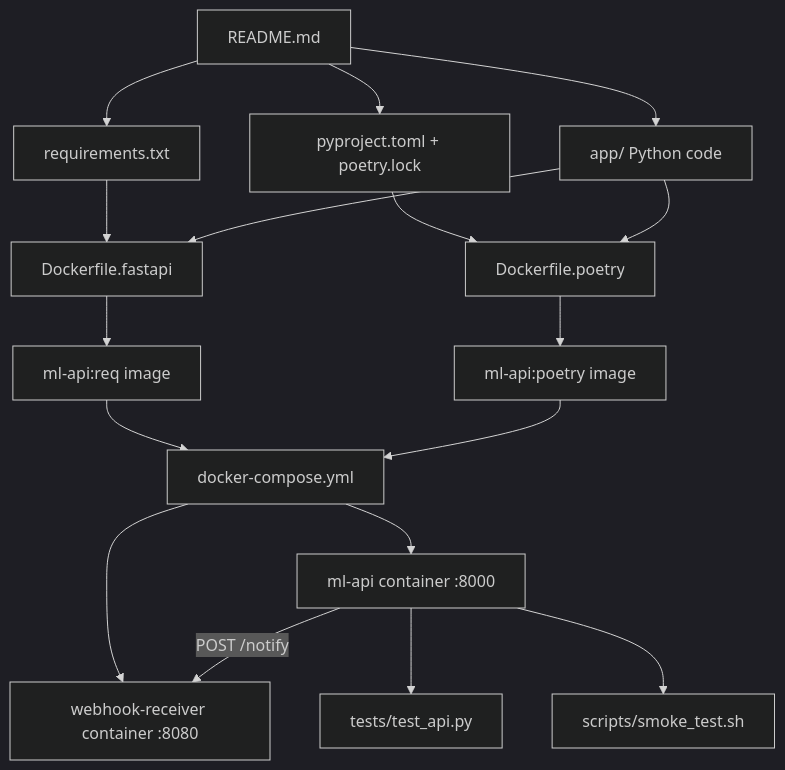
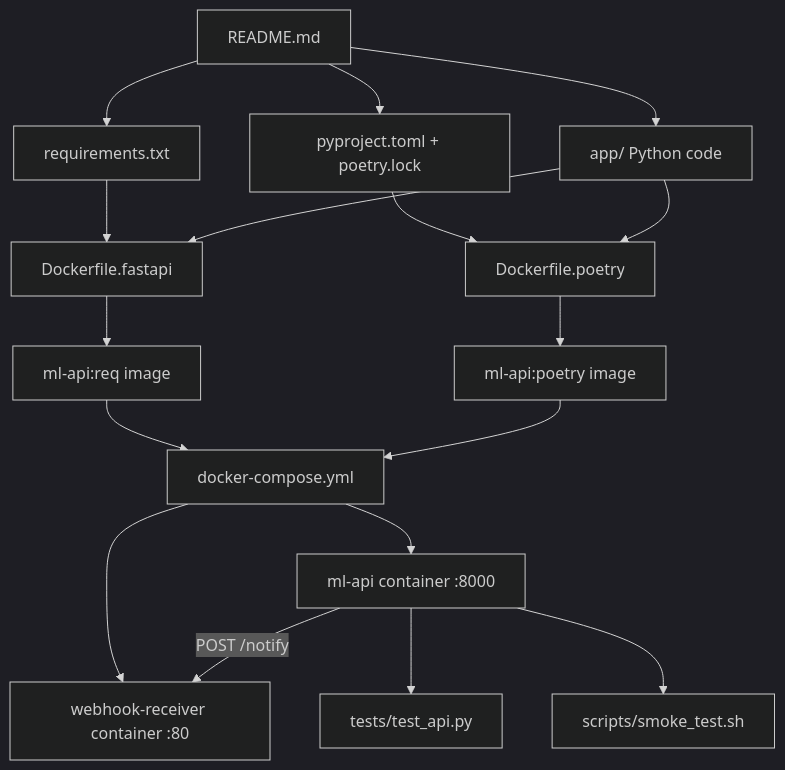
Before and after one commit to radhikamakxi-web/MLOPS: the diagram in readme/MLOps_course_material_By_Mehdi_Docker_Part01.md, drawn with Mermaid (dark theme). The commit also changed other lines of this file and 3 other files, not shown here.

````diff
--- a/readme/MLOps_course_material_By_Mehdi_Docker_Part01.md
+++ b/readme/MLOps_course_material_By_Mehdi_Docker_Part01.md
@@ -167,24 +167,24 @@
 ```mermaid
 graph TD
     A[README.md] --> B[requirements.txt]
     A --> C[pyproject.toml + poetry.lock]
     A --> D[app/ Python code]
 
     B --> E[Dockerfile.fastapi]
     C --> F[Dockerfile.poetry]
     D --> E
     D --> F
 
     E --> G[ml-api:req image]
     F --> H[ml-api:poetry image]
 
     G --> I[docker-compose.yml]
     H --> I
 
     I --> J[ml-api container :8000]
-    I --> K[webhook-receiver container :8080]
+    I --> K[webhook-receiver container :80]
 
     J -->|POST /notify| K
     J --> L[tests/test_api.py]
     J --> M[scripts/smoke_test.sh]
 ```
````
